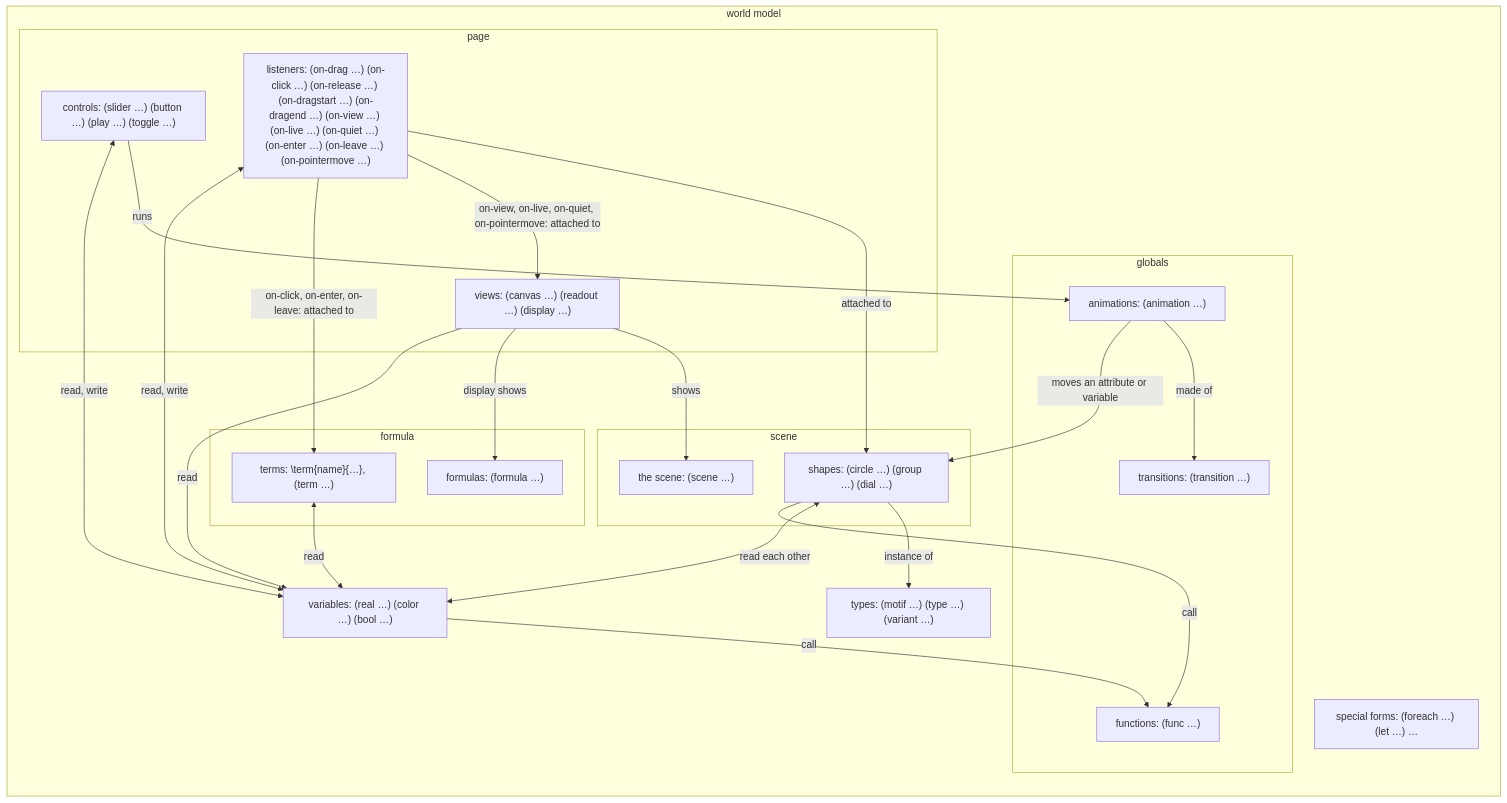
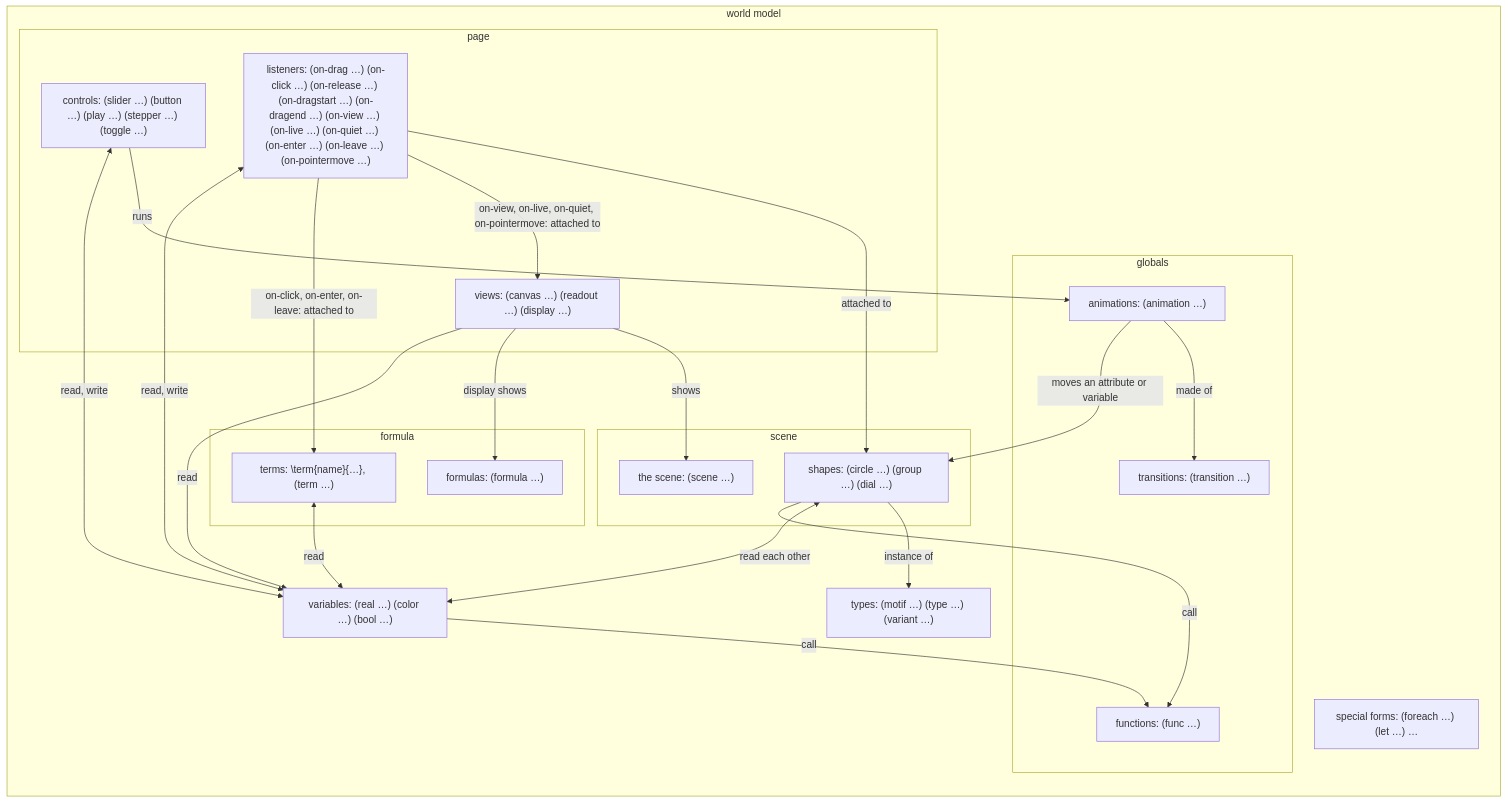
One commit to aris-pub/mathterpiece changed the second of 3 diagrams in docs/data-model.md. Above: the diagram before and after it, drawn with Mermaid. The commit also changed other lines of this file and 18 other files, not shown here.

First line of the commit message:
Steppers: (stepper name (animation …)), a play with no clock; plays and steppers report their step

````diff
--- a/docs/data-model.md
+++ b/docs/data-model.md
@@ -98,40 +98,40 @@
 ```mermaid
 flowchart LR
   subgraph wm [world model]
     types["types: (motif …) (type …) (variant …)"]
     special["special forms: (foreach …) (let …) …"]
     subgraph scene
       sc["the scene: (scene …)"]
       shapes["shapes: (circle …) (group …) (dial …)"]
     end
     subgraph formula
       fm["formulas: (formula …)"]
       terms["terms: \term{name}{…}, (term …)"]
     end
     vars["variables: (real …) (color …) (bool …)"]
     subgraph globals
       funcs["functions: (func …)"]
       trans["transitions: (transition …)"]
       anims["animations: (animation …)"]
     end
     subgraph page
       views["views: (canvas …) (readout …) (display …)"]
       listeners["listeners: (on-drag …) (on-click …) (on-release …) (on-dragstart …) (on-dragend …) (on-view …) (on-live …) (on-quiet …) (on-enter …) (on-leave …) (on-pointermove …)"]
-      controls["controls: (slider …) (button …) (play …) (toggle …)"]
+      controls["controls: (slider …) (button …) (play …) (stepper …) (toggle …)"]
     end
   end
   shapes -->|instance of| types
   shapes <-->|read each other| vars
   vars & shapes -->|call| funcs
   anims -->|made of| trans
   anims -->|moves an attribute or variable| shapes
   controls -->|runs| anims
   listeners -->|attached to| shapes
   listeners -->|on-view, on-live, on-quiet, on-pointermove: attached to| views
   views -->|shows| sc
   views -->|display shows| fm
   listeners -->|on-click, on-enter, on-leave: attached to| terms
   terms <-->|read| vars
   views -->|read| vars
   listeners & controls <-->|read, write| vars
 ```
````
